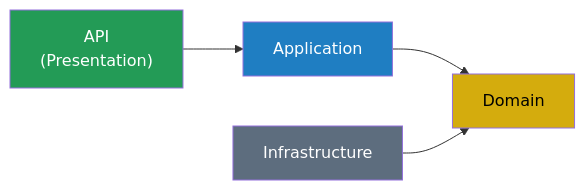
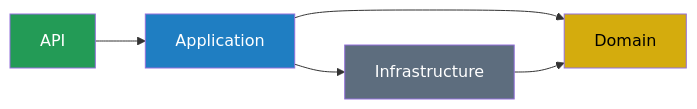
Before and after one commit to rnataoliveira/mechanics-software: the first of 2 diagrams in docs/architecture/overview.md, drawn with Mermaid. The commit also changed other lines of this file and 2 other files, not shown here.

First line of the commit message:
docs: adopt vertical slice architecture + DDD domain

````diff
--- a/docs/architecture/overview.md
+++ b/docs/architecture/overview.md
@@ -128,11 +160,12 @@
 ```mermaid
 flowchart LR
-    API["API\n(Presentation)"] --> Application
+    API --> Application
     Application --> Domain
     Infrastructure --> Domain
+    Application --> Infrastructure
 
     style Domain fill:#D4AC0D,color:#000
     style Infrastructure fill:#5D6D7E,color:#fff
     style Application fill:#1F7EC2,color:#fff
     style API fill:#239B56,color:#fff
 ```
````
